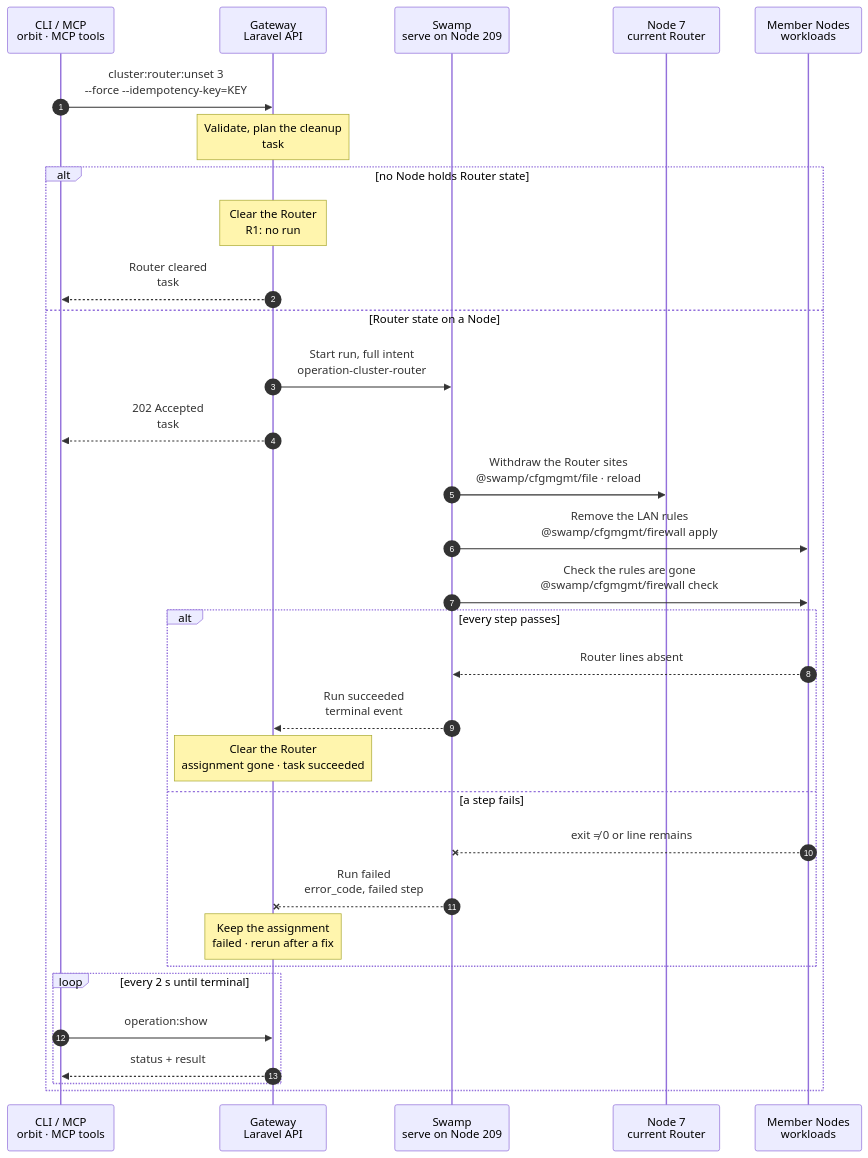
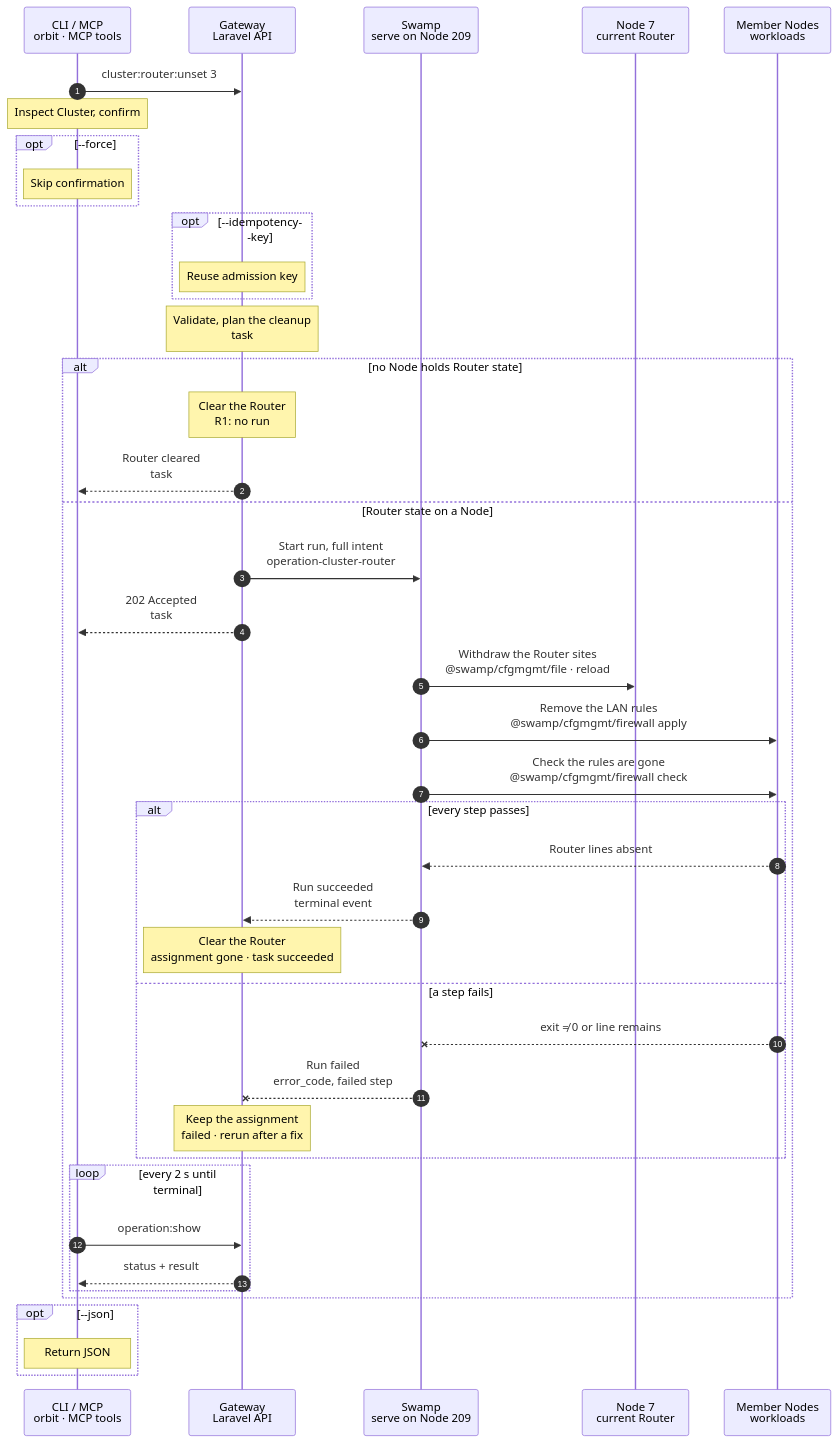
Before and after one commit to hardimpactdev/orbit: the diagram in docs/cli/cluster/router-unset.mmd, drawn with Mermaid. The commit also changed 4 other files, not shown here.

First line of the commit message:
docs(cluster,conn): charts draw the required-parameter path first (flow rule 23)

```diff
--- a/docs/cli/cluster/router-unset.mmd
+++ b/docs/cli/cluster/router-unset.mmd
@@ -1,107 +1,126 @@
 sequenceDiagram
   %% Target design: ADR 0244 task, DECISIONS R2-R4, same shape as cluster.router_set. docs/reference/native-cluster-router.md, docs/cli/cluster.mdx.
   %% Tightened: flow-tighten 2026-11-02, rules 1, 22 (no empty DNS note step; cfgmgmt file for the sites).
   %% status: draft
   %% command: cluster:router:unset
   %% kind: cluster.router_unset
   autonumber
   %% lane CLI icon=terminal pill=caller tone=gray
   %% lane GW icon=gateway pill=intent tone=blue
   %% lane SW icon=workflow pill=executes tone=green
   %% lane N icon=server pill=target tone=amber
   %% lane M icon=server pill=target tone=purple
   participant CLI as CLI / MCP<br/>orbit · MCP tools
   participant GW as Gateway<br/>Laravel API
   participant SW as Swamp<br/>serve on Node 209
   participant N as Node 7<br/>current Router
   participant M as Member Nodes<br/>workloads
-  CLI->>GW: cluster:router:unset 3<br/>--force --idempotency-key=KEY
+  CLI->>GW: cluster:router:unset 3
   %%> Command:
-  %%> - `orbit cluster:router:unset 3 --force`
+  %%> - `orbit cluster:router:unset 3`
   %%> - syntax: `<cluster> [--force] [--idempotency-key=KEY] [--json]`
   %%> Confirmation:
   %%> - without `--force`, the CLI asks first; the default is No
   %%> - without a terminal, or with `--json`, `--force` is required
+  Note over CLI: Inspect Cluster, confirm
+  %%> What it does:
+  %%> - reads Cluster 3 and asks for confirmation; the default is No
+  opt --force
+    Note over CLI: Skip confirmation
+    %%> What it changes:
+    %%> - skips the prompt; the Cluster read still runs
+    %%> - required without a terminal or with `--json`
+  end
+  opt --idempotency-key
+    Note over GW: Reuse admission key
+    %%> What it does:
+    %%> - reuses the same Operation admission for a retry with the same key
+  end
   Note over GW: Validate, plan the cleanup<br/>task #5161 · Cluster lock
   %%> Requirements:
   %%> - your Node has an access grant to Node 7
   %%> - Cluster 3 is inactive or has no TLD (`cluster.active_router_required`)
   %%> - Cluster 3 owns no Route (`cluster.routes_require_router`)
   %%> - no other Router change runs for Cluster 3; the Gateway waits up to 30 seconds, then refuses with `cluster.router_busy`
   %%> Builds:
   %%> - the Router state to remove: Router sites and certificates, and the LAN rules only the Router needed
   %%> Result:
   %%> - Node 7's `router` assignment recorded as retiring
   %%> - task #5161 recorded with the full intent
   %%> Decides:
   %%> - whether any Node holds Router state: a Router site, a Router certificate, or a LAN rule only the Router needed
   alt no Node holds Router state
     Note over GW: Clear the Router<br/>R1: no run
     %%> Result:
     %%> - Node 7's `router` assignment is deleted and task #5161 succeeds at once; no Swamp run starts (R1)
     GW-->>CLI: Router cleared<br/>task #5161 succeeded
     %%> What you get:
     %%> - the final result at once; there is nothing to follow
   else Router state on a Node
   GW->>SW: Start run, full intent<br/>operation-cluster-router
   %%> What it does:
   %%> - starts one Swamp run on serve (Node 209)
   %%> Inputs:
   %%> - the state to remove, and the addresses and SSH host keys of Node 7 and the members
   GW-->>CLI: 202 Accepted<br/>task #5161
   %%> What you get:
   %%> - the task number, at once
   %%> Next:
   %%> - the CLI follows the task with `operation:show`
   SW->>N: Withdraw the Router sites<br/>@swamp/cfgmgmt/file · reload
   %%> How:
   %%> - over SSH from 209 with `@swamp/ssh` and `@swamp/cfgmgmt/file`; `caddy validate`, then a reload
   %%> No DNS change:
   %%> - an inactive Cluster, or one without a TLD and Routes, gets no Router answers from private DNS
   %%> What it does:
   %%> - removes the Router sites and their certificates, validates the rest, and reloads Caddy; no restart
   %%> - Caddy and the packages stay, as for every role removal that keeps shared packages
   SW->>M: Remove the LAN rules<br/>@swamp/cfgmgmt/firewall apply
   %%> What it does:
   %%> - on Node 7: removes the 443 and 53 allows for member LAN addresses
   %%> - on each member: removes the allows for Node 7's LAN address that no other Route needs
   %%> - never removes WireGuard baseline rules
   SW->>M: Check the rules are gone<br/>@swamp/cfgmgmt/firewall check
   %%> What it does:
   %%> - reads ufw back on every Node and checks the Router lines are absent
   alt every step passes
     M-->>SW: Router lines absent
     %%> Returns:
     %%> - the check passed on every Node
     SW-->>GW: Run succeeded<br/>terminal event
     %%> How the Gateway learns it:
     %%> - its shared run reader sees the terminal event; Swamp never calls the Gateway
     Note over GW: Clear the Router<br/>assignment gone · task succeeded
     %%> Result:
     %%> - Node 7's `router` assignment is deleted; Cluster 3 has no Router
     %%> - task #5161 succeeds
   else a step fails
     M--xSW: exit ≠ 0 or line remains
     %%> When:
     %%> - Caddy refuses the config, SSH fails, or a rule is still present
     SW--xGW: Run failed<br/>error_code, failed step
     %%> The Gateway reads:
     %%> - which step failed and its error code
     Note over GW: Keep the assignment<br/>failed · rerun after a fix
     %%> Result:
     %%> - Node 7's `router` assignment stays, marked failed
     %%> - task #5161 fails
     %%> On the Node:
     %%> - steps that finished stay done; there is no rollback, because the Cluster serves no traffic through the Router
     %%> Retry:
     %%> - run the same command again; it skips what is already removed
   end
   loop every 2 s until terminal
     CLI->>GW: operation:show #5161
     %%> What it does:
     %%> - asks for the task's status every 2 seconds until it has ended
     GW-->>CLI: status + result
     %%> Returns:
     %%> - the current status, and the result once the task has ended
   end
   end
+  opt --json
+    Note over CLI: Return JSON
+    %%> Result:
+    %%> - waits for the terminal Operation and renders it as JSON; requires `--force`
+  end
```
